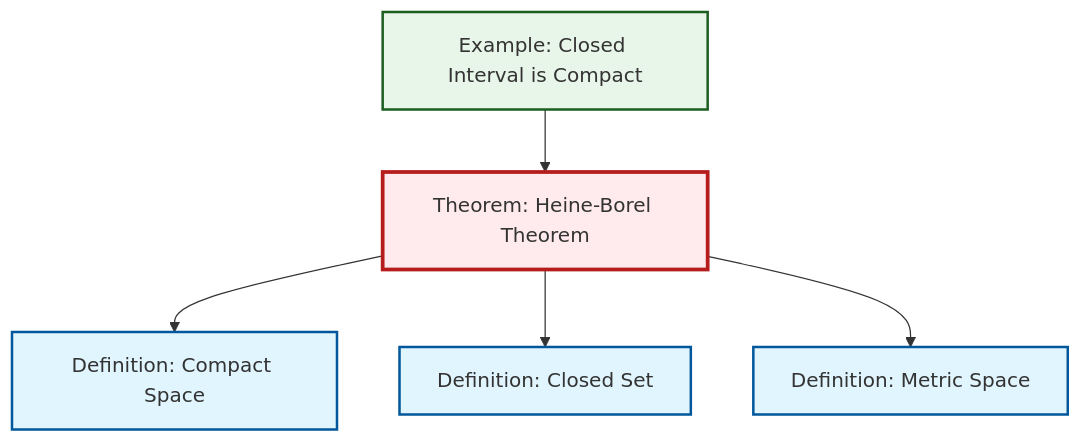
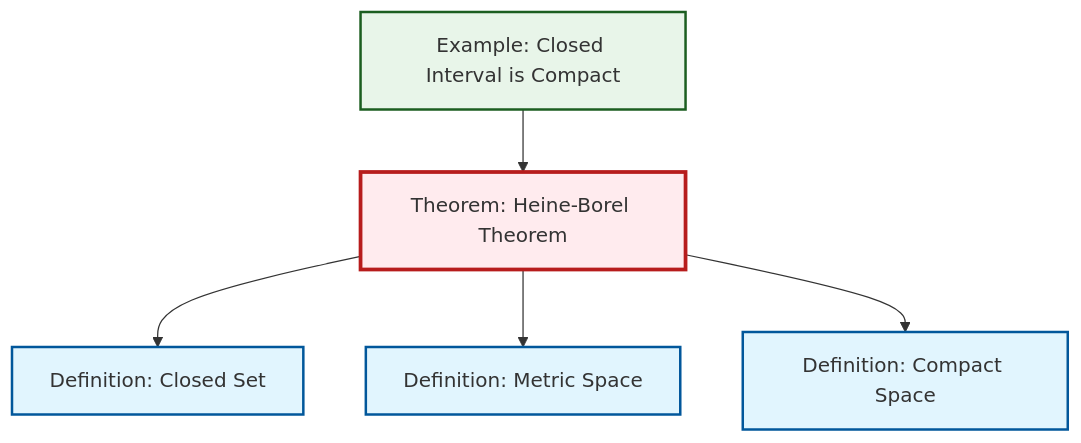
The diagram in content/en/topology/thm-heine-borel.qmd (RK0429/ModernMath), drawn with Mermaid before and after one commit. The commit also changed other lines of this file and 672 other files, not shown here.

````diff
--- a/content/en/topology/thm-heine-borel.qmd
+++ b/content/en/topology/thm-heine-borel.qmd
@@ -46,23 +46,23 @@
 ```{mermaid}
 %%| fig-cap: "Local dependency graph"
 graph TD
     classDef definition fill:#e1f5fe,stroke:#01579b,stroke-width:2px
     classDef theorem fill:#f3e5f5,stroke:#4a148c,stroke-width:2px
     classDef axiom fill:#fff3e0,stroke:#e65100,stroke-width:2px
     classDef example fill:#e8f5e9,stroke:#1b5e20,stroke-width:2px
     classDef current fill:#ffebee,stroke:#b71c1c,stroke-width:3px
+    def-compact["Definition: Compact Space"]:::definition
     def-metric-space["Definition: Metric Space"]:::definition
-    def-compact["Definition: Compact Space"]:::definition
     def-closed-set["Definition: Closed Set"]:::definition
+    ex-closed-interval-compact["Example: Closed Interval is Compact"]:::example
     thm-heine-borel["Theorem: Heine-Borel Theorem"]:::theorem
-    ex-closed-interval-compact["Example: Closed Interval is Compact"]:::example
+    thm-heine-borel --> def-closed-set
+    ex-closed-interval-compact --> thm-heine-borel
+    thm-heine-borel --> def-metric-space
     thm-heine-borel --> def-compact
-    thm-heine-borel --> def-closed-set
-    thm-heine-borel --> def-metric-space
-    ex-closed-interval-compact --> thm-heine-borel
     class thm-heine-borel current
+    click def-compact "def-compact.html" "Go to Compact Space definition"
     click def-metric-space "def-metric-space.html" "Go to Metric Space definition"
-    click def-compact "def-compact.html" "Go to Compact Space definition"
     click def-closed-set "def-closed-set.html" "Go to Closed Set definition"
     click ex-closed-interval-compact "ex-closed-interval-compact.html" "Go to Closed Interval is Compact example"
 ```
````
